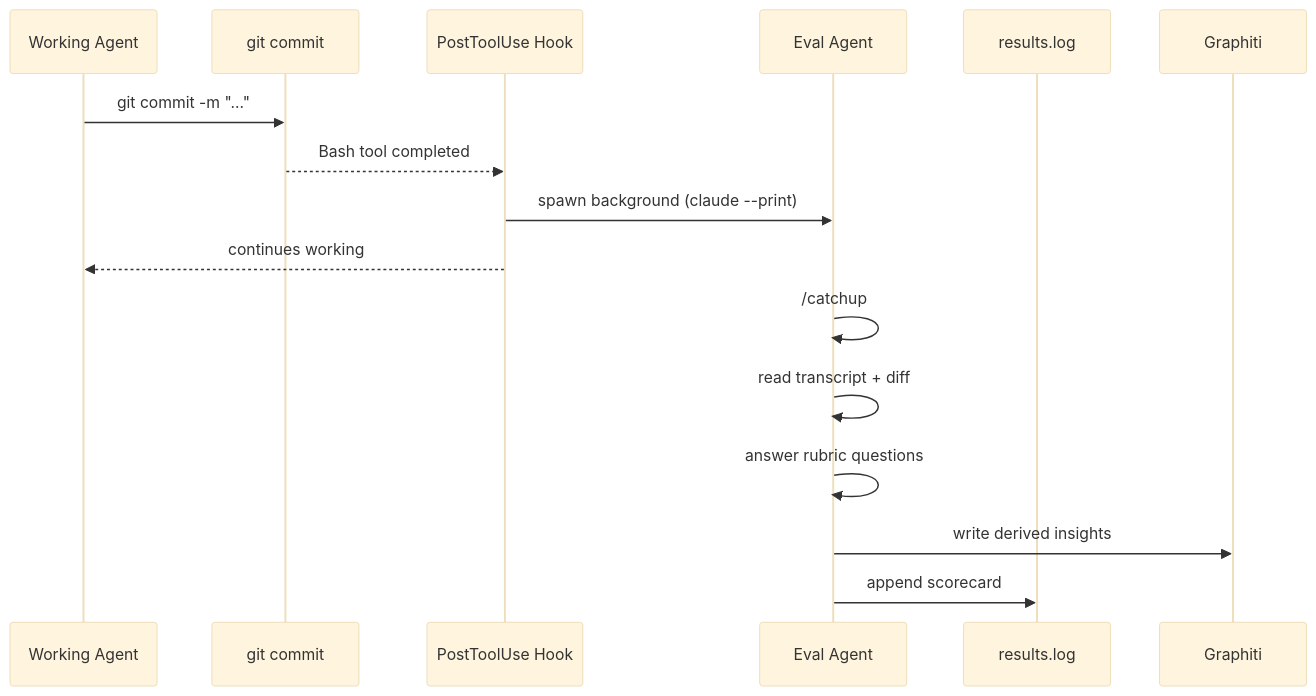
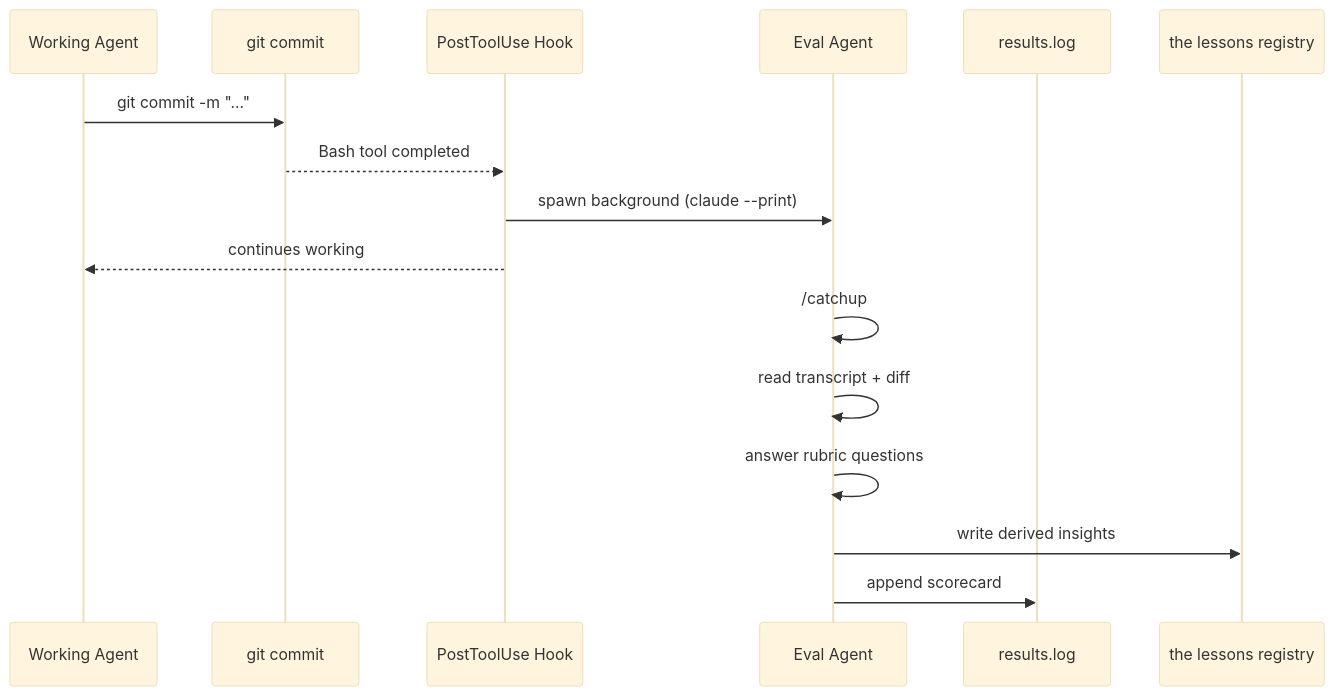
The diagram in apps/docs/src/reference/eval/overview.md (infinitedusky/indusk), drawn with Mermaid (base theme) before and after one commit. The commit also changed other lines of this file and 33 other files, not shown here.

````diff
--- a/apps/docs/src/reference/eval/overview.md
+++ b/apps/docs/src/reference/eval/overview.md
@@ -17,19 +17,19 @@
 ```mermaid
 sequenceDiagram
     participant Agent as Working Agent
     participant Git as git commit
     participant Hook as PostToolUse Hook
     participant Eval as Eval Agent
     participant Log as results.log
-    participant G as Graphiti
+    participant G as the lessons registry
 
     Agent->>Git: git commit -m "..."
     Git-->>Hook: Bash tool completed
     Hook->>Eval: spawn background (claude --print)
     Hook-->>Agent: continues working
     Eval->>Eval: /catchup
     Eval->>Eval: read transcript + diff
     Eval->>Eval: answer rubric questions
     Eval->>G: write derived insights
     Eval->>Log: append scorecard
 ```
````
